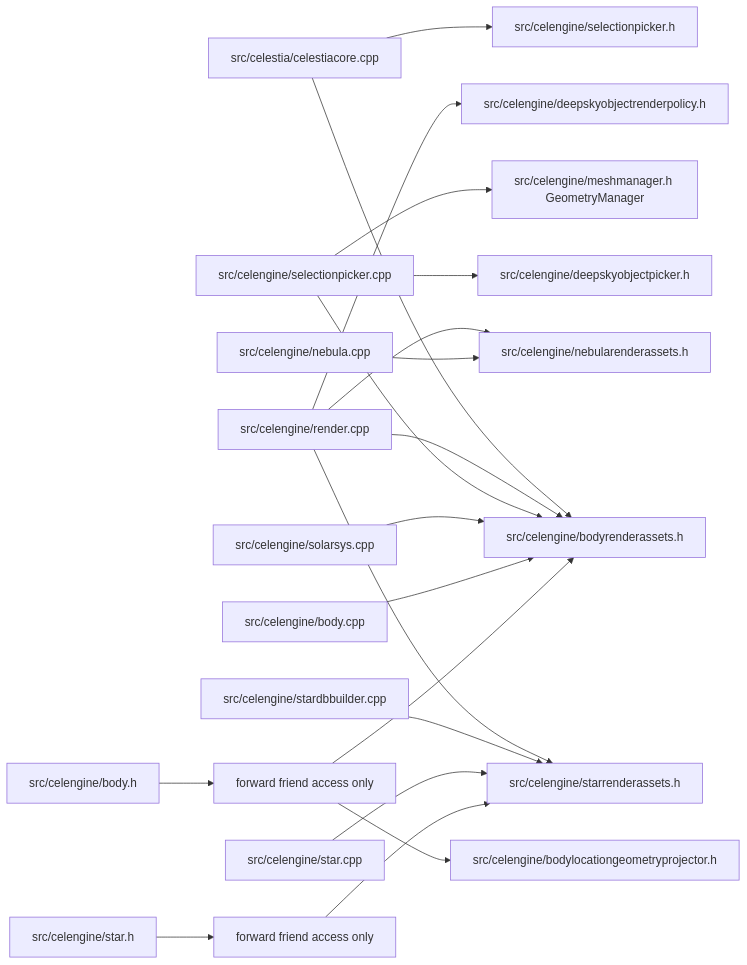
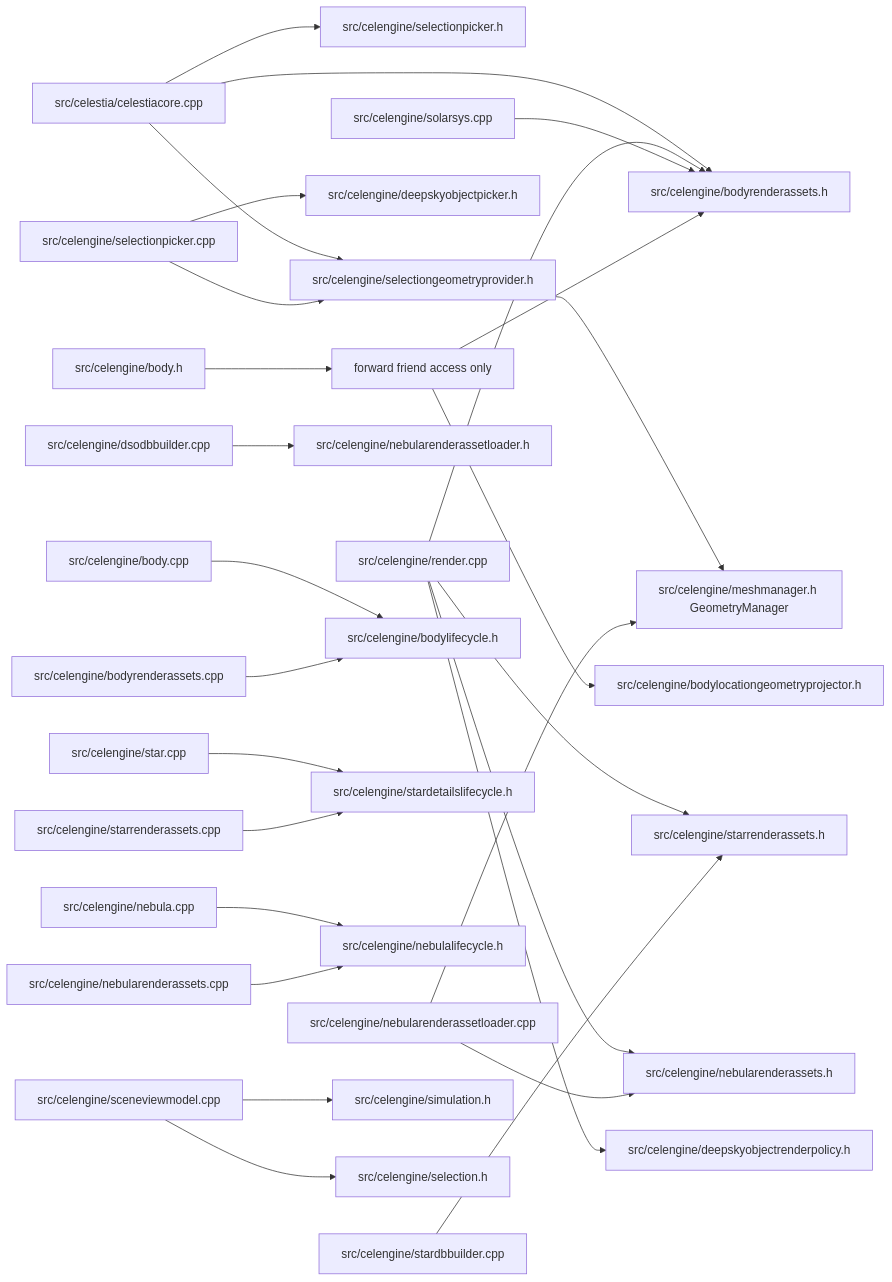
Before and after one commit to wgwtest/Celestia: the third of 4 diagrams in DOC/CODEX_DOC/02_设计说明/02-05-Celestia标准MVC解耦与迁移映射说明.md, drawn with Mermaid. The commit also changed other lines of this file and 2 other files, not shown here.

````diff
--- a/DOC/CODEX_DOC/02_设计说明/02-05-Celestia标准MVC解耦与迁移映射说明.md
+++ b/DOC/CODEX_DOC/02_设计说明/02-05-Celestia标准MVC解耦与迁移映射说明.md
@@ -94,26 +122,34 @@
 ```mermaid
 graph LR
-    CelestiaCoreCpp[src/celestia/celestiacore.cpp] --> SelectionPickerH[src/celengine/selectionpicker.h]
-    CelestiaCoreCpp --> BodyRenderAssetsH[src/celengine/bodyrenderassets.h]
+    CelestiaCoreCpp["src/celestia/celestiacore.cpp"] --> SelectionPickerH["src/celengine/selectionpicker.h"]
+    CelestiaCoreCpp --> BodyRenderAssetsH["src/celengine/bodyrenderassets.h"]
+    CelestiaCoreCpp --> SelectionGeometryProviderH["src/celengine/selectiongeometryprovider.h"]
 
-    RenderCpp[src/celengine/render.cpp] --> BodyRenderAssetsH
-    RenderCpp --> StarRenderAssetsH[src/celengine/starrenderassets.h]
-    RenderCpp --> NebulaRenderAssetsH[src/celengine/nebularenderassets.h]
-    RenderCpp --> DsoPolicyH[src/celengine/deepskyobjectrenderpolicy.h]
+    RenderCpp["src/celengine/render.cpp"] --> BodyRenderAssetsH
+    RenderCpp --> StarRenderAssetsH["src/celengine/starrenderassets.h"]
+    RenderCpp --> NebulaRenderAssetsH["src/celengine/nebularenderassets.h"]
+    RenderCpp --> DsoPolicyH["src/celengine/deepskyobjectrenderpolicy.h"]
 
-    SelectionPickerCpp[src/celengine/selectionpicker.cpp] --> BodyRenderAssetsH
-    SelectionPickerCpp --> DsoPickerH[src/celengine/deepskyobjectpicker.h]
-    SelectionPickerCpp --> GeometryManager[src/celengine/meshmanager.h GeometryManager]
+    SelectionPickerCpp["src/celengine/selectionpicker.cpp"] --> SelectionGeometryProviderH
+    SelectionPickerCpp --> DsoPickerH["src/celengine/deepskyobjectpicker.h"]
+    SelectionGeometryProviderH --> GeometryManager["src/celengine/meshmanager.h GeometryManager"]
 
-    SolarSysCpp[src/celengine/solarsys.cpp] --> BodyRenderAssetsH
-    StarDbBuilderCpp[src/celengine/stardbbuilder.cpp] --> StarRenderAssetsH
-    NebulaCpp[src/celengine/nebula.cpp] --> NebulaRenderAssetsH
-    BodyCpp[src/celengine/body.cpp] --> BodyRenderAssetsH
-    StarCpp[src/celengine/star.cpp] --> StarRenderAssetsH
+    SolarSysCpp["src/celengine/solarsys.cpp"] --> BodyRenderAssetsH
+    StarDbBuilderCpp["src/celengine/stardbbuilder.cpp"] --> StarRenderAssetsH
+    DsoDbBuilderCpp["src/celengine/dsodbbuilder.cpp"] --> NebulaRenderAssetLoaderH["src/celengine/nebularenderassetloader.h"]
+    NebulaRenderAssetLoaderCpp["src/celengine/nebularenderassetloader.cpp"] --> NebulaRenderAssetsH
+    NebulaRenderAssetLoaderCpp --> GeometryManager
 
-    BodyH[src/celengine/body.h] --> BodyForward[forward friend access only]
+    BodyCpp["src/celengine/body.cpp"] --> BodyLifecycleH["src/celengine/bodylifecycle.h"]
+    BodyRenderAssetsCpp["src/celengine/bodyrenderassets.cpp"] --> BodyLifecycleH
+    StarCpp["src/celengine/star.cpp"] --> StarDetailsLifecycleH["src/celengine/stardetailslifecycle.h"]
+    StarRenderAssetsCpp["src/celengine/starrenderassets.cpp"] --> StarDetailsLifecycleH
+    NebulaCpp["src/celengine/nebula.cpp"] --> NebulaLifecycleH["src/celengine/nebulalifecycle.h"]
+    NebulaRenderAssetsCpp["src/celengine/nebularenderassets.cpp"] --> NebulaLifecycleH
+
+    BodyH["src/celengine/body.h"] --> BodyForward["forward friend access only"]
     BodyForward --> BodyRenderAssetsH
-    BodyForward --> ProjectorH[src/celengine/bodylocationgeometryprojector.h]
-    StarH[src/celengine/star.h] --> StarForward[forward friend access only]
-    StarForward --> StarRenderAssetsH
+    BodyForward --> ProjectorH["src/celengine/bodylocationgeometryprojector.h"]
+    SceneViewModelCpp["src/celengine/sceneviewmodel.cpp"] --> SimulationH["src/celengine/simulation.h"]
+    SceneViewModelCpp --> SelectionH["src/celengine/selection.h"]
 ```
````
